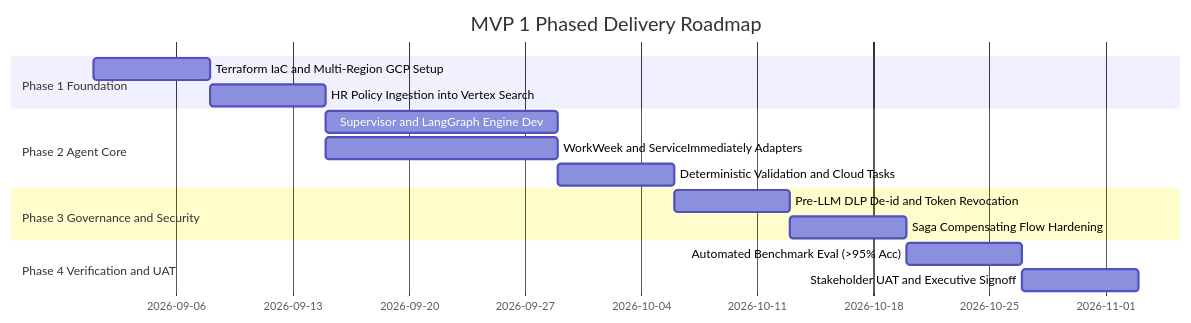
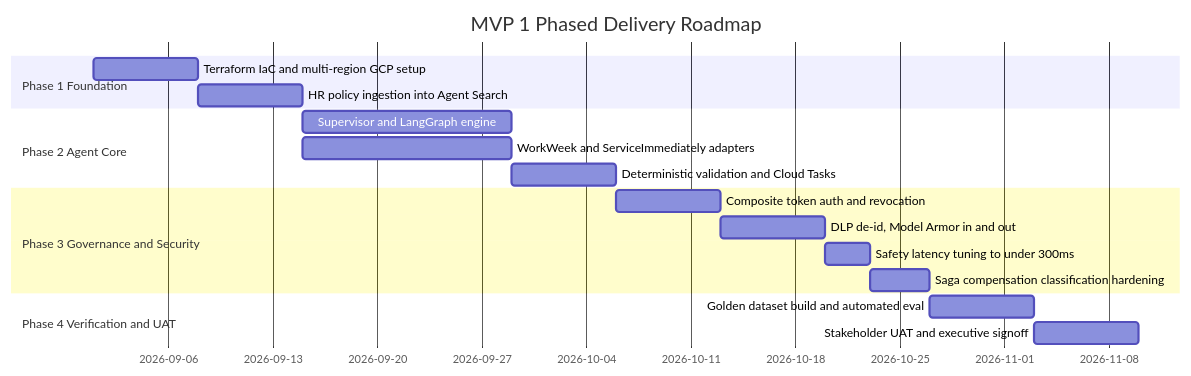
Diagram 19 of 19 in Enterprise Agentic Solution Design Document - MVP 1.md (randyh0329/PRJ-ELEVATE-C1-G5), drawn with Mermaid before and after one commit. The commit also changed other lines of this file, not shown here.

````diff
--- a/Enterprise Agentic Solution Design Document - MVP 1.md
+++ b/Enterprise Agentic Solution Design Document - MVP 1.md
@@ -632,18 +1425,20 @@
 ```mermaid
 gantt
     title MVP 1 Phased Delivery Roadmap
     dateFormat  YYYY-MM-DD
     section Phase 1 Foundation
-    Terraform IaC and Multi-Region GCP Setup :p1_1, 2026-09-01, 1w
-    HR Policy Ingestion into Vertex Search   :p1_2, after p1_1, 1w
+    Terraform IaC and multi-region GCP setup   :p1_1, 2026-09-01, 1w
+    HR policy ingestion into Agent Search      :p1_2, after p1_1, 1w
     section Phase 2 Agent Core
-    Supervisor and LangGraph Engine Dev      :p2_1, after p1_2, 2w
-    WorkWeek and ServiceImmediately Adapters :p2_2, 2026-09-15, 2w
-    Deterministic Validation and Cloud Tasks :p2_3, after p2_2, 1w
+    Supervisor and LangGraph engine            :p2_1, after p1_2, 2w
+    WorkWeek and ServiceImmediately adapters   :p2_2, 2026-09-15, 2w
+    Deterministic validation and Cloud Tasks   :p2_3, after p2_2, 1w
     section Phase 3 Governance and Security
-    Pre-LLM DLP De-id and Token Revocation   :p3_1, after p2_3, 1w
-    Saga Compensating Flow Hardening         :p3_2, after p3_1, 1w
+    Composite token auth and revocation        :p3_1, after p2_3, 1w
+    DLP de-id, Model Armor in and out          :p3_2, after p3_1, 1w
+    Safety latency tuning to under 300ms       :p3_3, after p3_2, 3d
+    Saga compensation classification hardening :p3_4, after p3_3, 4d
     section Phase 4 Verification and UAT
-    Automated Benchmark Eval (>95% Acc)      :p4_1, after p3_2, 1w
-    Stakeholder UAT and Executive Signoff    :p4_2, after p4_1, 1w
+    Golden dataset build and automated eval    :p4_1, after p3_4, 1w
+    Stakeholder UAT and executive signoff      :p4_2, after p4_1, 1w
 ```
````
